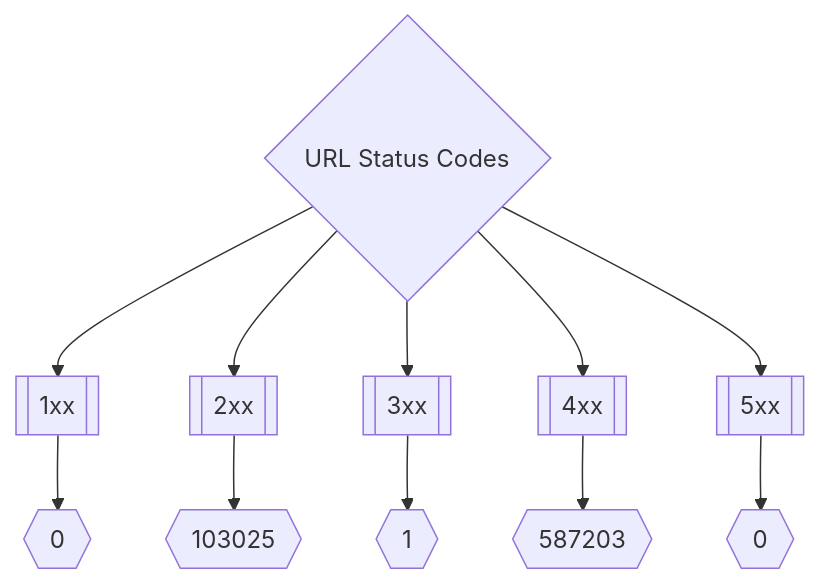
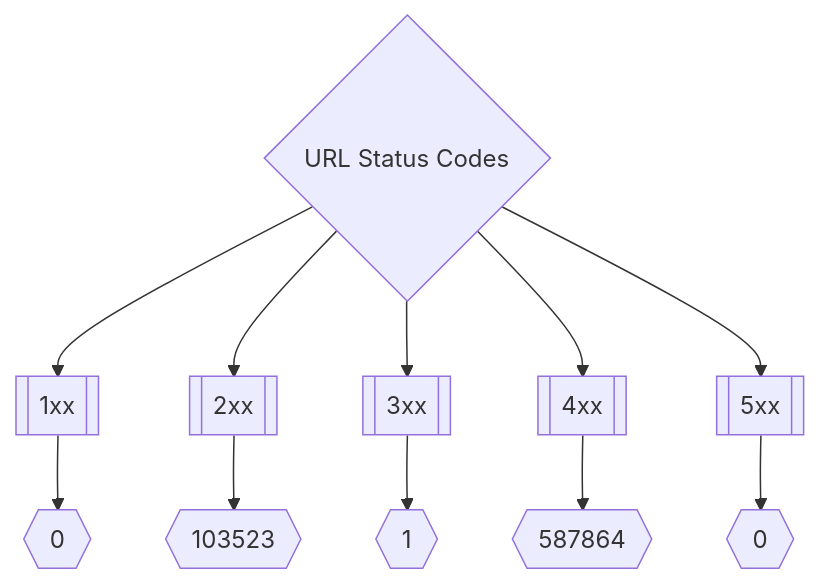
Before and after one commit to trickest/inventory: the second of 3 diagrams in README.md, drawn with Mermaid. The commit also changed other lines of this file, not shown here.

Commit message:
Update README.md Mon Aug  8 22:19:14 UTC 2022

````diff
--- a/README.md
+++ b/README.md
@@ -175,8 +175,8 @@
 ```mermaid
 graph TD
 title{URL Status Codes} --> 1xx[[1xx]] --> status1xxNum{{0}}
-title --> 2xx[[2xx]] --> status2xxNum{{103025}}
+title --> 2xx[[2xx]] --> status2xxNum{{103523}}
 title --> 3xx[[3xx]] --> status3xxNum{{1}}
-title --> 4xx[[4xx]] --> status4xxNum{{587203}}
+title --> 4xx[[4xx]] --> status4xxNum{{587864}}
 title --> 5xx[[5xx]] --> status5xxNum{{0}}
 ```
````
